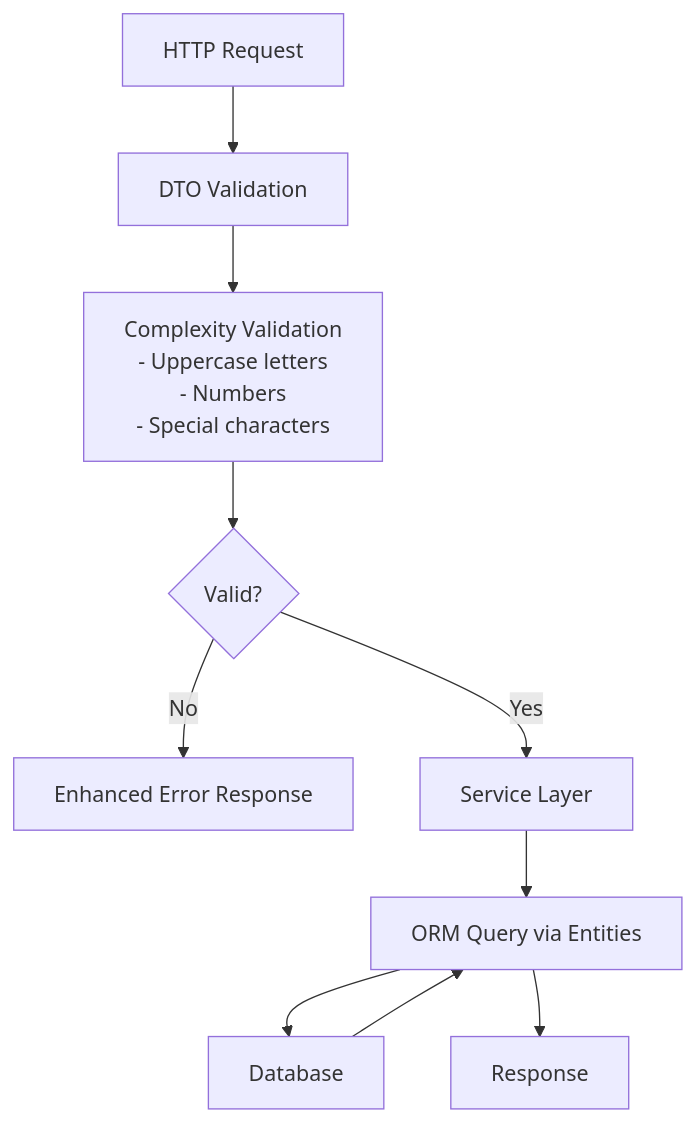
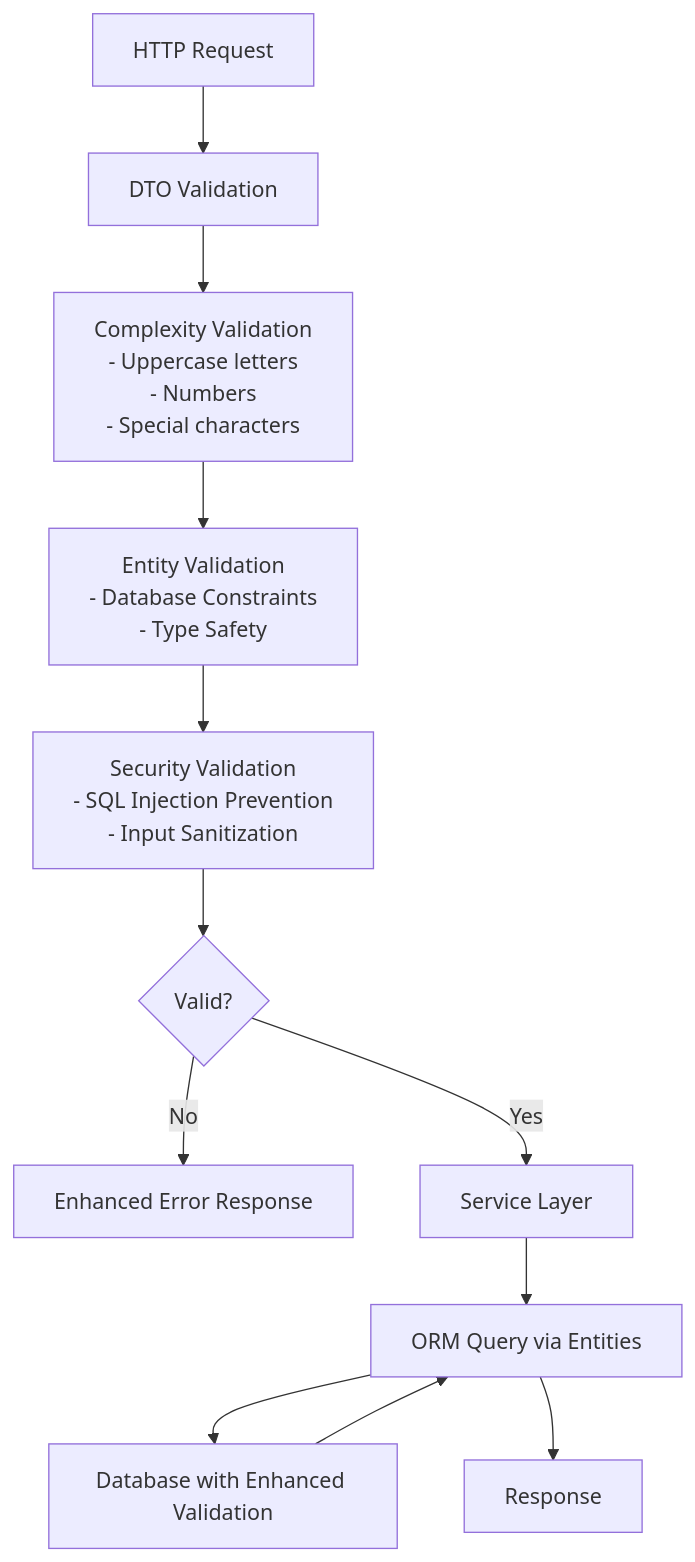
One commit to franckylab/eLISAschool changed the fifth of 9 diagrams in .qoder/repowiki/en/content/Authentication & Authorization/Security Measures.md. Above: the diagram before and after it, drawn with Mermaid. The commit also changed other lines of this file and 66 other files, not shown here.

````diff
--- a/.qoder/repowiki/en/content/Authentication & Authorization/Security Measures.md
+++ b/.qoder/repowiki/en/content/Authentication & Authorization/Security Measures.md
@@ -246,12 +338,14 @@
 ```mermaid
 flowchart TD
 Req["HTTP Request"] --> DTO["DTO Validation"]
 DTO --> Complex["Complexity Validation<br/>- Uppercase letters<br/>- Numbers<br/>- Special characters"]
-Complex --> Valid{"Valid?"}
+Complex --> Entity["Entity Validation<br/>- Database Constraints<br/>- Type Safety"]
+Entity --> Security["Security Validation<br/>- SQL Injection Prevention<br/>- Input Sanitization"]
+Security --> Valid{"Valid?"}
 Valid --> |No| ErrResp["Enhanced Error Response"]
 Valid --> |Yes| Service["Service Layer"]
 Service --> ORM["ORM Query via Entities"]
-ORM --> DB["Database"]
+ORM --> DB["Database with Enhanced Validation"]
 DB --> ORM
 ORM --> Resp["Response"]
 ```
````
